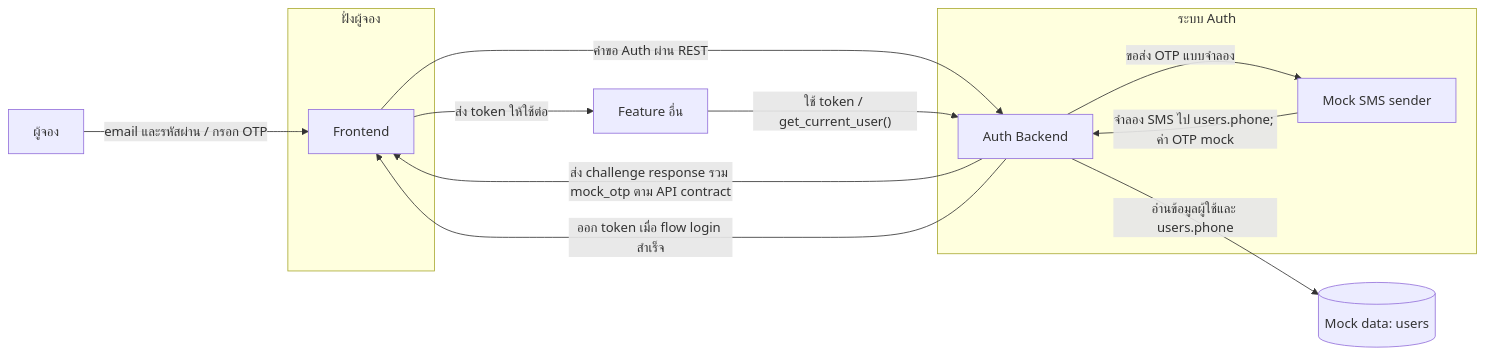
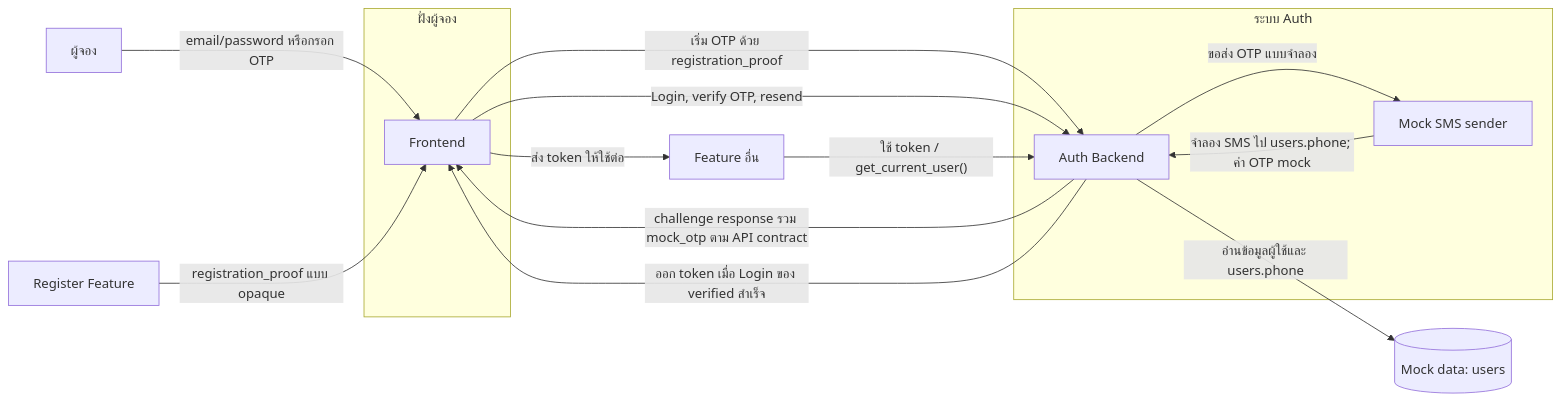
One commit to nninizz/KhonYaai-Booking changed the first of 4 diagrams in specs/002-auth/models.md. Above: the diagram before and after it, drawn with Mermaid. The commit also changed other lines of this file and 9 other files, not shown here.

Commit message:
Restore Auth frontend and OTP handoff docs

````diff
--- a/specs/002-auth/models.md
+++ b/specs/002-auth/models.md
@@ -10,23 +10,26 @@
 ```mermaid
 flowchart LR
   Booker[ผู้จอง]
   subgraph Browser["ฝั่งผู้จอง"]
     Frontend[Frontend]
   end
   subgraph Auth["ระบบ Auth"]
     Backend[Auth Backend]
     MockSms["Mock SMS sender"]
   end
+  Register[Register Feature]
   Users[(Mock data: users)]
   OtherFeatures[Feature อื่น]
 
-  Booker -->|"email และรหัสผ่าน / กรอก OTP"| Frontend
-  Frontend -->|"คำขอ Auth ผ่าน REST"| Backend
+  Booker -->|"email/password หรือกรอก OTP"| Frontend
+  Register -->|"registration_proof แบบ opaque"| Frontend
+  Frontend -->|"เริ่ม OTP ด้วย registration_proof"| Backend
+  Frontend -->|"Login, verify OTP, resend"| Backend
   Backend -->|"อ่านข้อมูลผู้ใช้และ users.phone"| Users
   Backend -->|"ขอส่ง OTP แบบจำลอง"| MockSms
   MockSms -->|"จำลอง SMS ไป users.phone; ค่า OTP mock"| Backend
-  Backend -->|"ส่ง challenge response รวม mock_otp ตาม API contract"| Frontend
-  Backend -->|"ออก token เมื่อ flow login สำเร็จ"| Frontend
+  Backend -->|"challenge response รวม mock_otp ตาม API contract"| Frontend
+  Backend -->|"ออก token เมื่อ Login ของ verified สำเร็จ"| Frontend
   Frontend -->|"ส่ง token ให้ใช้ต่อ"| OtherFeatures
   OtherFeatures -->|"ใช้ token / get_current_user()"| Backend
 ```
````
